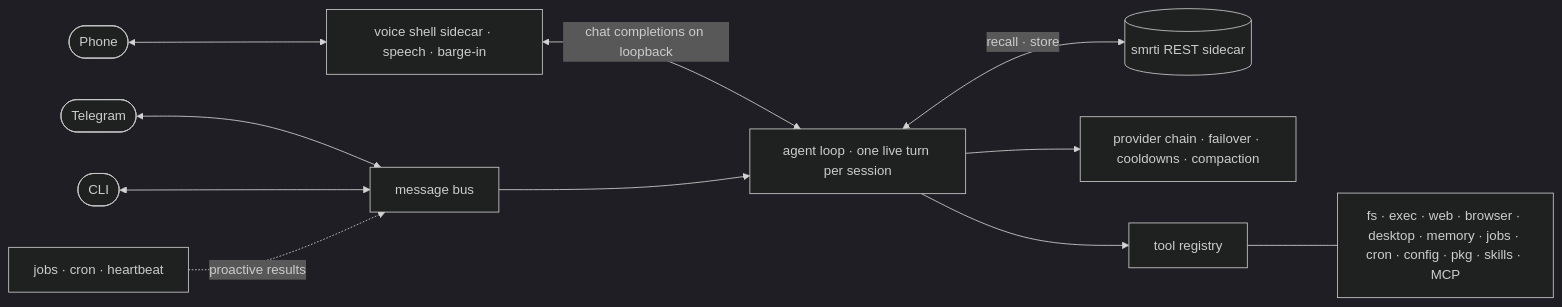
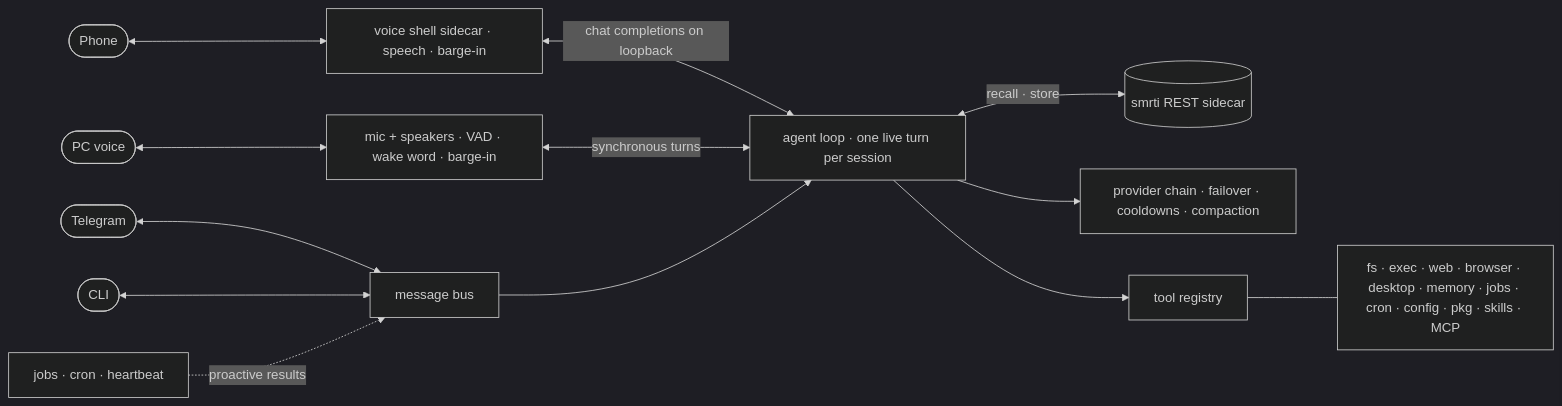
The first of 2 diagrams in README.md (cyqlelabs/factor), drawn with Mermaid (dark theme) before and after one commit. The commit also changed other lines of this file and 1 other file, not shown here.

Commit message:
docs: PC voice channel in README and CLAUDE.md

````diff
--- a/README.md
+++ b/README.md
@@ -49,13 +50,15 @@
 ```mermaid
 flowchart LR
     TG([Telegram]) <--> BUS
     CLI([CLI]) <--> BUS
     PH([Phone]) <--> SHELL["voice shell sidecar · speech · barge-in"]
     SHELL <-->|chat completions on loopback| LOOP
+    PC([PC voice]) <--> MIC["mic + speakers · VAD · wake word · barge-in"]
+    MIC <-->|synchronous turns| LOOP
     BUS[message bus] --> LOOP["agent loop · one live turn per session"]
     LOOP <-->|recall · store| MEM[("smrti REST sidecar")]
     LOOP --> PROV["provider chain · failover · cooldowns · compaction"]
     LOOP --> REG[tool registry]
     REG --- SUITES["fs · exec · web · browser · desktop · memory · jobs · cron · config · pkg · skills · MCP"]
     BG[jobs · cron · heartbeat] -.->|proactive results| BUS
 ```
````
